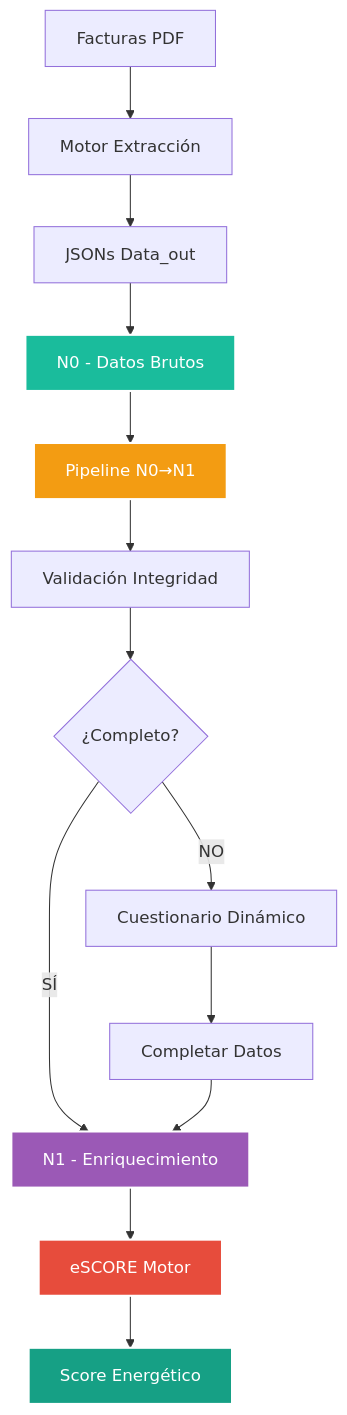
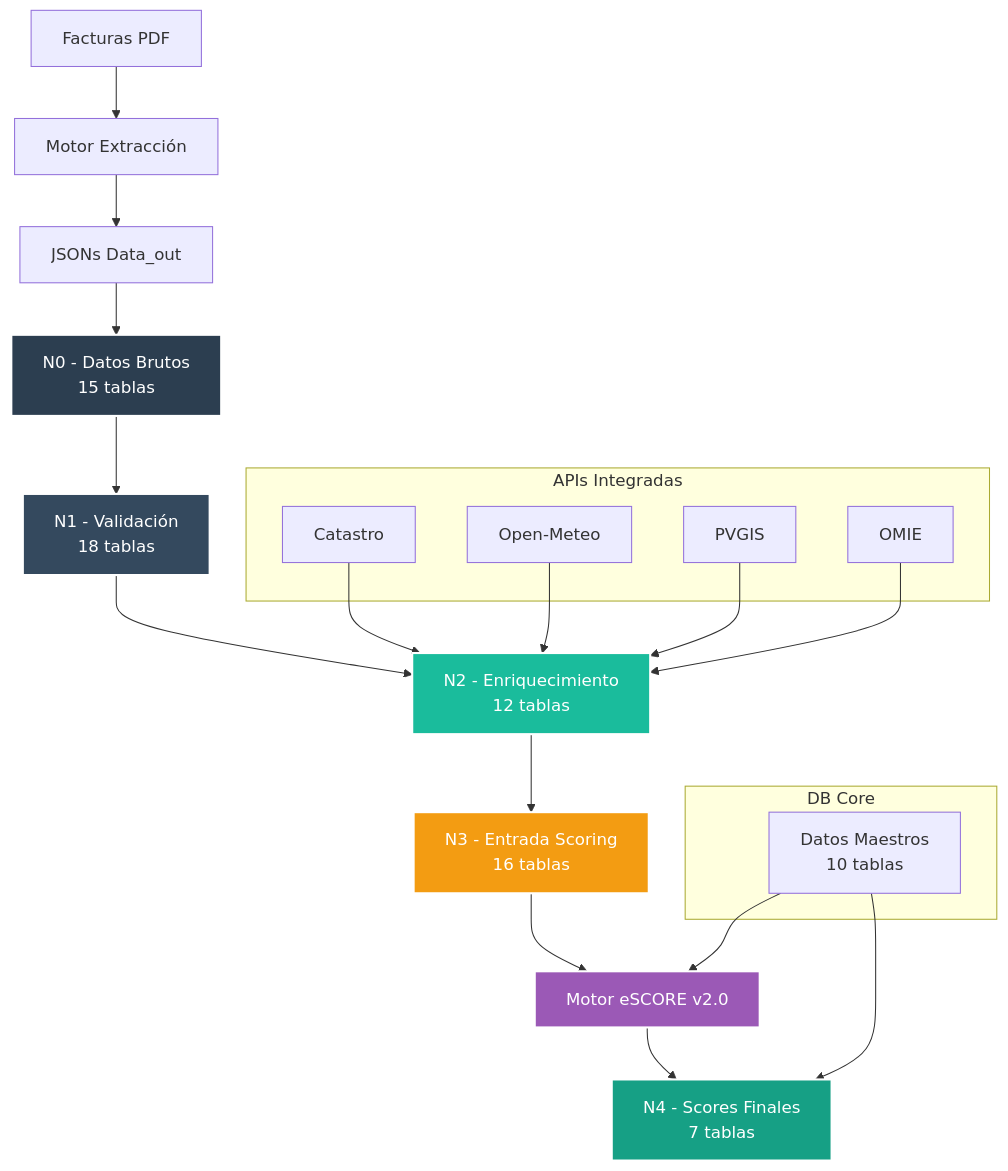
The second of 2 diagrams in README.md (EGD2024/db-watioverse), drawn with Mermaid before and after one commit. The commit also changed other lines of this file and 8 other files, not shown here.

````diff
--- a/README.md
+++ b/README.md
@@ -204,21 +239,36 @@
 ```mermaid
 graph TD
     A[Facturas PDF] --> B[Motor Extracción]
     B --> C[JSONs Data_out]
-    C --> D[N0 - Datos Brutos]
-    D --> E[Pipeline N0→N1]
-    E --> F[Validación Integridad]
-    F --> G{¿Completo?}
-    G -->|SÍ| H[N1 - Enriquecimiento]
-    G -->|NO| I[Cuestionario Dinámico]
-    I --> J[Completar Datos]
-    J --> H
-    H --> K[eSCORE Motor]
-    K --> L[Score Energético]
+    C --> D[N0 - Datos Brutos<br/>15 tablas]
+    D --> E[N1 - Validación<br/>18 tablas]
+    E --> F[N2 - Enriquecimiento<br/>12 tablas]
+    F --> G[N3 - Entrada Scoring<br/>16 tablas]
+    G --> H[Motor eSCORE v2.0]
+    H --> I[N4 - Scores Finales<br/>7 tablas]
     
-    style D fill:#1ABC9C,stroke:#ffffff,stroke-width:2px,color:#ffffff
-    style E fill:#F39C12,stroke:#ffffff,stroke-width:2px,color:#ffffff
+    subgraph "APIs Integradas"
+        J[Catastro]
+        K[Open-Meteo]
+        L[PVGIS]
+        M[OMIE]
+    end
+    
+    subgraph "DB Core"
+        CORE[Datos Maestros<br/>10 tablas]
+    end
+    
+    J --> F
+    K --> F
+    L --> F
+    M --> F
+    CORE --> H
+    CORE --> I
+    
+    style D fill:#2C3E50,stroke:#ffffff,stroke-width:2px,color:#ffffff
+    style E fill:#34495E,stroke:#ffffff,stroke-width:2px,color:#ffffff
+    style F fill:#1ABC9C,stroke:#ffffff,stroke-width:2px,color:#ffffff
+    style G fill:#F39C12,stroke:#ffffff,stroke-width:2px,color:#ffffff
     style H fill:#9B59B6,stroke:#ffffff,stroke-width:2px,color:#ffffff
-    style K fill:#E74C3C,stroke:#ffffff,stroke-width:2px,color:#ffffff
-    style L fill:#16A085,stroke:#ffffff,stroke-width:2px,color:#ffffff
+    style I fill:#16A085,stroke:#ffffff,stroke-width:2px,color:#ffffff
 ```
````
